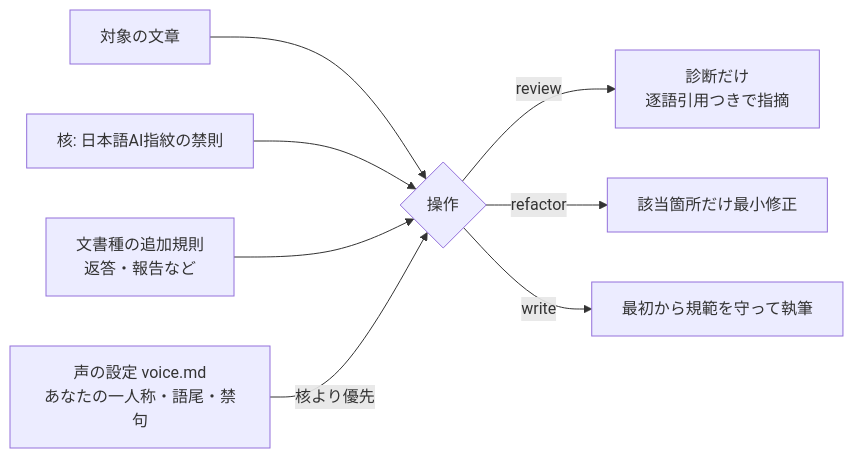
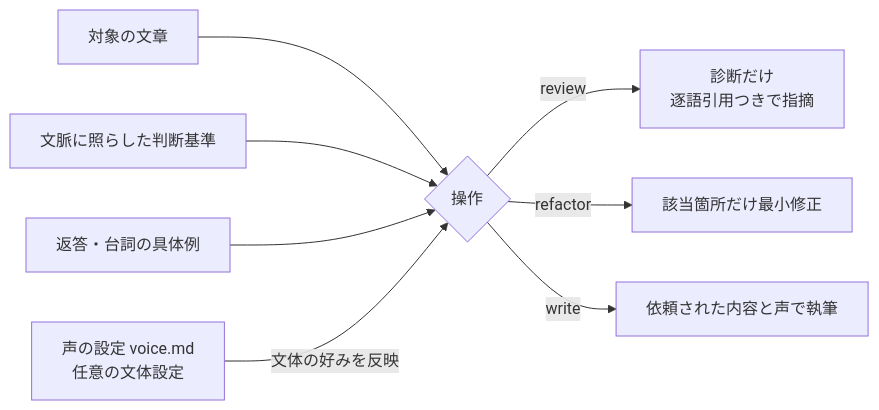
The diagram in README.md (kitepon/unai), drawn with Mermaid before and after one commit. The commit also changed other lines of this file and 11 other files, not shown here.

````diff
--- a/README.md
+++ b/README.md
@@ -251,10 +242,10 @@
 ```mermaid
 flowchart LR
     A[対象の文章] --> B{操作}
     B -->|review| C[診断だけ<br>逐語引用つきで指摘]
     B -->|refactor| D[該当箇所だけ最小修正]
-    B -->|write| E[最初から規範を守って執筆]
-    F[核: 日本語AI指紋の禁則] --> B
-    G[文書種の追加規則<br>返答・報告など] --> B
-    H[声の設定 voice.md<br>あなたの一人称・語尾・禁句] -->|核より優先| B
+    B -->|write| E[依頼された内容と声で執筆]
+    F[文脈に照らした判断基準] --> B
+    G[返答・台詞の具体例] --> B
+    H[声の設定 voice.md<br>任意の文体設定] -->|文体の好みを反映| B
 ```
````
